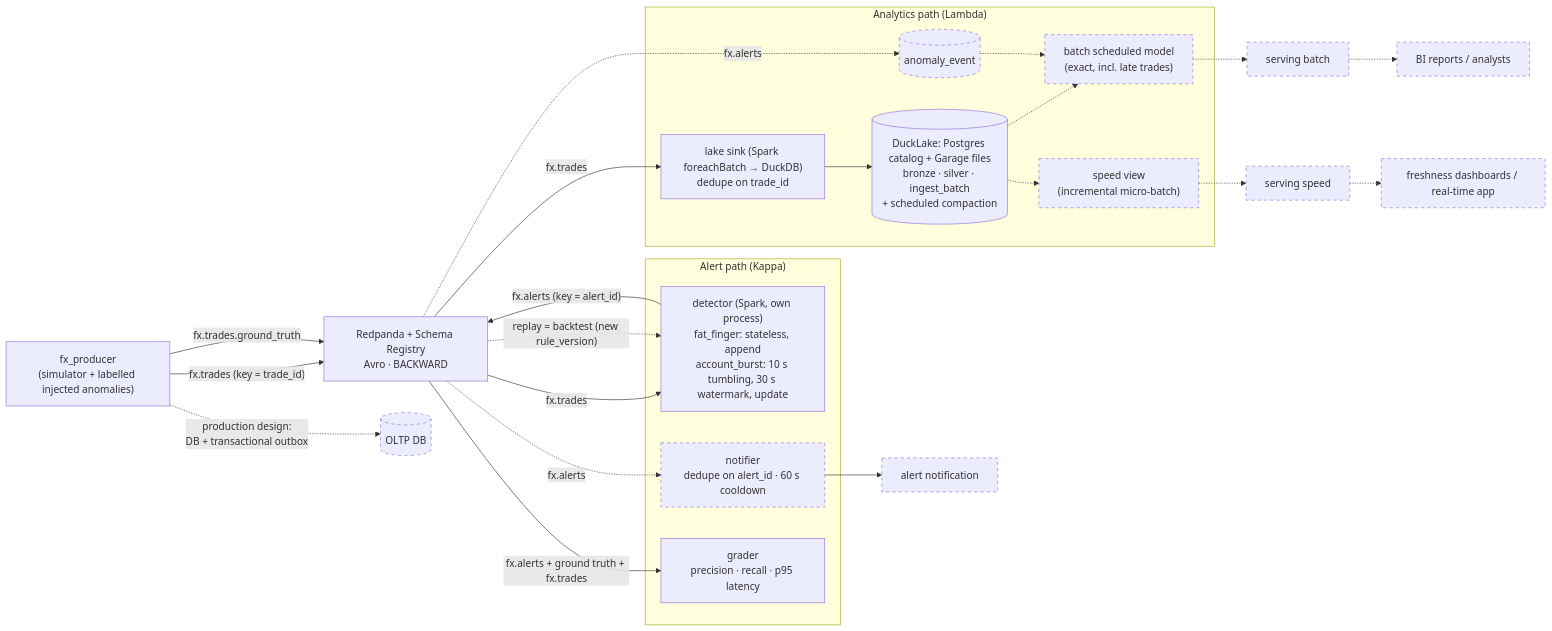
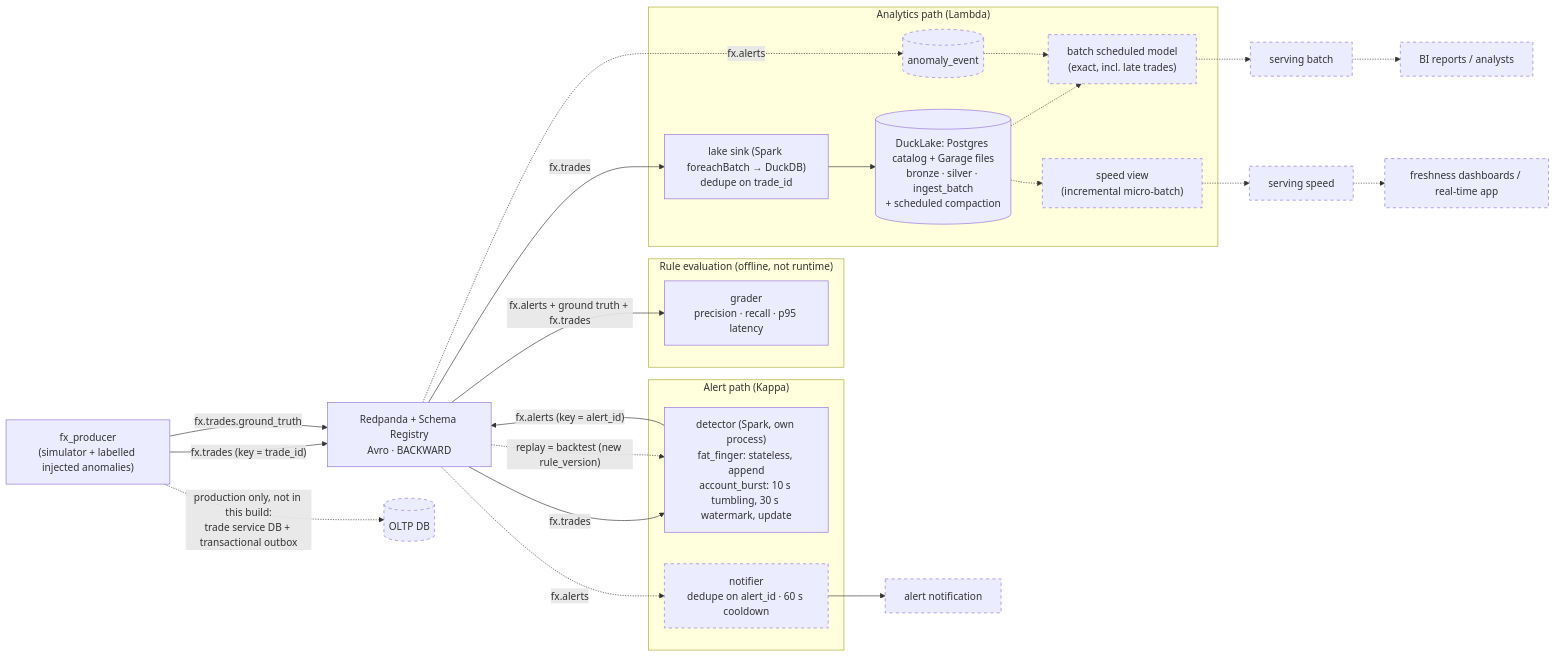
Before and after one commit to phakawatfong/kangarooz: the diagram in docs/design/00-overview.md, drawn with Mermaid. The commit also changed other lines of this file, not shown here.

Commit message:
chore: update mermaid

````diff
--- a/docs/design/00-overview.md
+++ b/docs/design/00-overview.md
@@ -79,35 +79,37 @@
 ```mermaid
 flowchart LR
   APP["fx_producer<br>(simulator + labelled injected anomalies)"] -->|"fx.trades (key = trade_id)"| MQ["Redpanda + Schema Registry<br>Avro · BACKWARD"]
   APP -->|"fx.trades.ground_truth"| MQ
-  APP -.->|"production design:<br>DB + transactional outbox"| DB[("OLTP DB")]
+  APP -.->|"production only, not in this build:<br>trade service DB + transactional outbox"| DB[("OLTP DB")]
 
   subgraph KAPPA["Alert path (Kappa)"]
     DET["detector (Spark, own process)<br>fat_finger: stateless, append<br>account_burst: 10 s tumbling, 30 s watermark, update"]
     NOT["notifier<br>dedupe on alert_id · 60 s cooldown"]
+  end
+  subgraph EVAL["Rule evaluation (offline, not runtime)"]
     GRADE["grader<br>precision · recall · p95 latency"]
   end
   MQ -->|fx.trades| DET
   DET -->|"fx.alerts (key = alert_id)"| MQ
   MQ -.->|"replay = backtest (new rule_version)"| DET
   MQ -.->|fx.alerts| NOT --> AL["alert notification"]
   MQ -->|"fx.alerts + ground truth + fx.trades"| GRADE
 
   subgraph LAMBDA["Analytics path (Lambda)"]
     SINK["lake sink (Spark foreachBatch → DuckDB)<br>dedupe on trade_id"]
     LAKE[("DuckLake: Postgres catalog + Garage files<br>bronze · silver · ingest_batch<br>+ scheduled compaction")]
     ANOM[("anomaly_event")]
     BATCH["batch scheduled model<br>(exact, incl. late trades)"]
     SPEED["speed view<br>(incremental micro-batch)"]
   end
   MQ -->|fx.trades| SINK --> LAKE
   MQ -.->|fx.alerts| ANOM
   LAKE -.-> BATCH
   LAKE -.-> SPEED
   ANOM -.-> BATCH
   BATCH -.-> SB["serving batch"] -.-> BI["BI reports / analysts"]
   SPEED -.-> SS["serving speed"] -.-> RT["freshness dashboards / real-time app"]
 
   classDef planned stroke-dasharray: 5 5
   class DB,NOT,AL,ANOM,BATCH,SPEED,SB,BI,SS,RT planned
 ```
````
